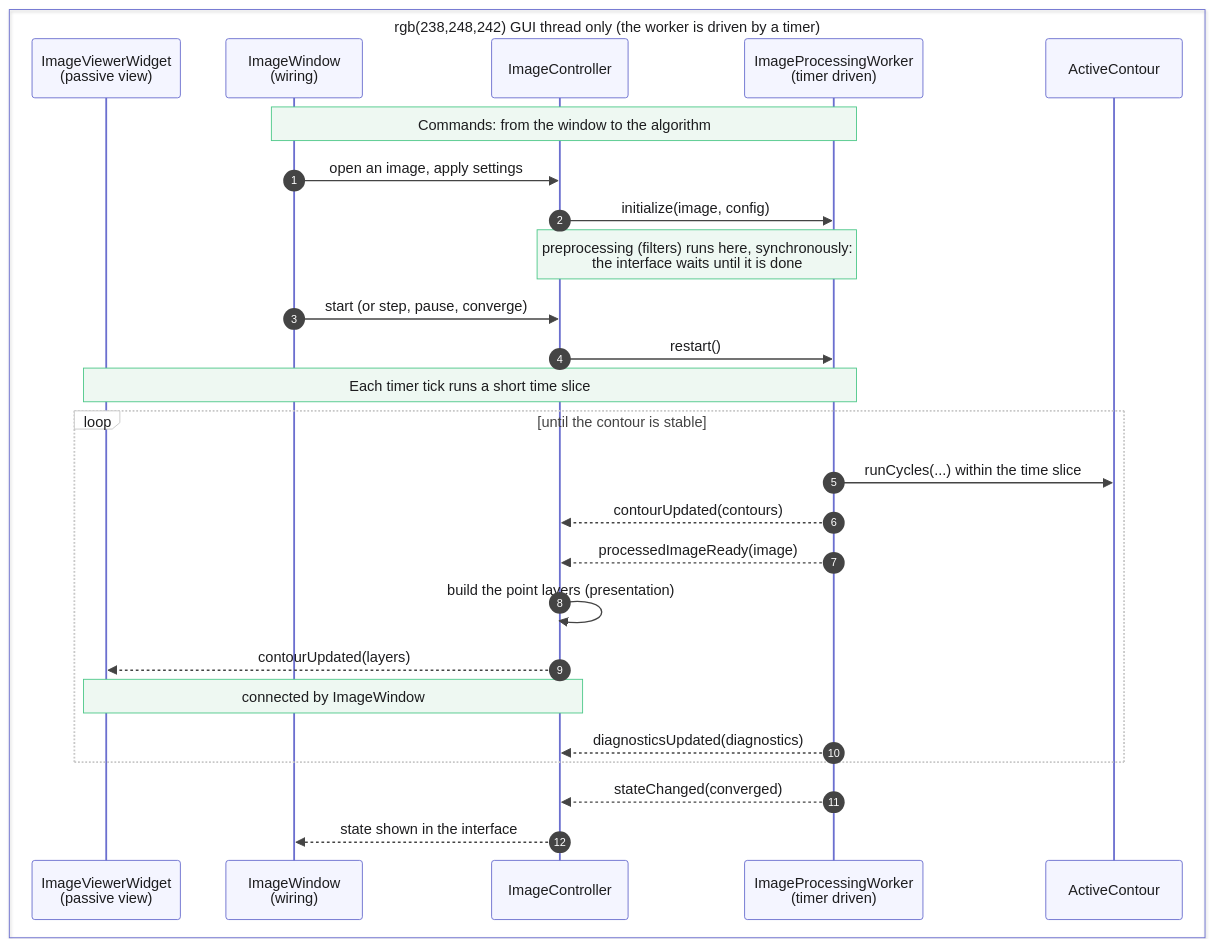
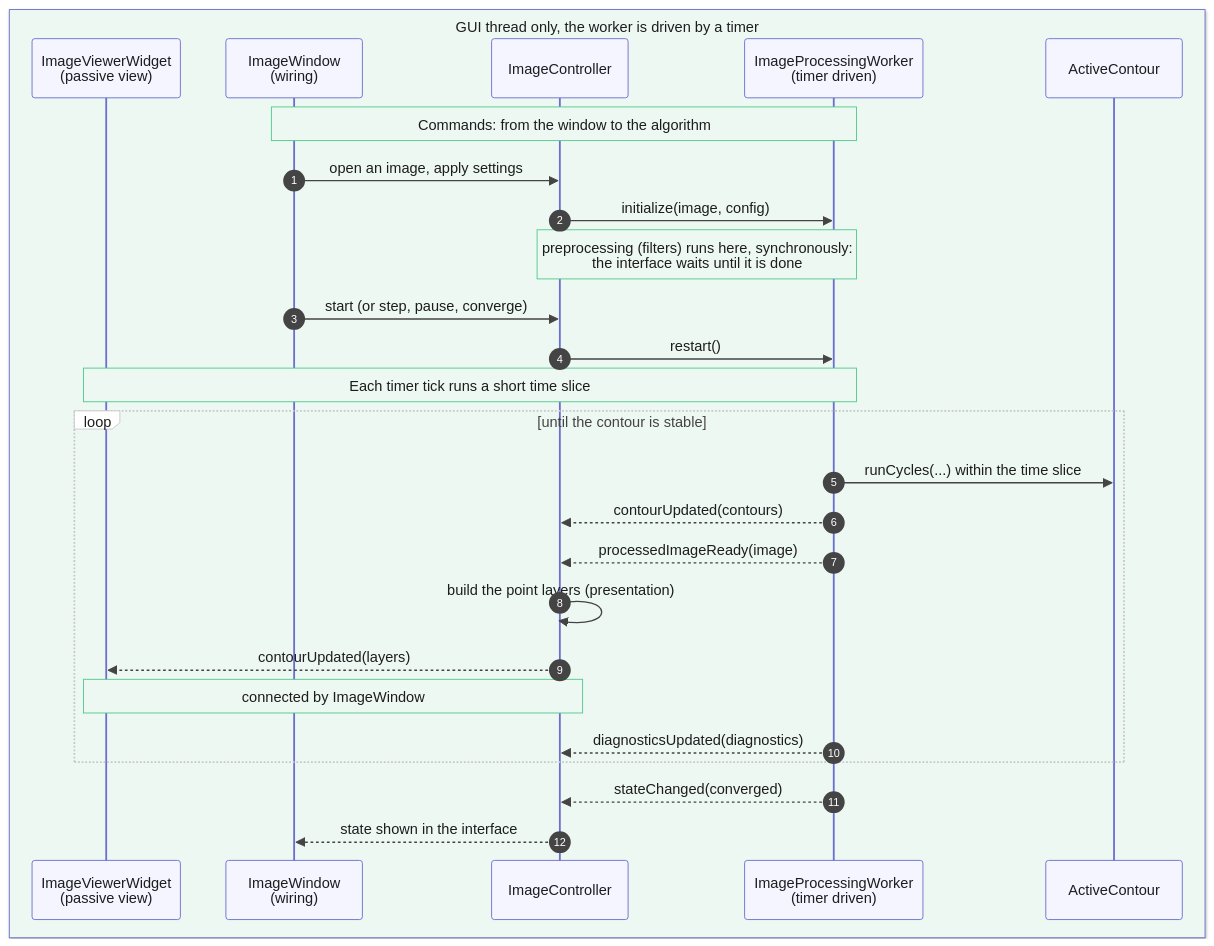
Before and after one commit to fluvel-io/fluvel-set: the diagram in docs/mermaid/image_session_sequence.mmd, drawn with Mermaid. The commit also changed 9 other files, not shown here.

Commit message:
docs(app): add recording and snapshot diagrams, serve images through

```diff
--- a/docs/mermaid/image_session_sequence.mmd
+++ b/docs/mermaid/image_session_sequence.mmd
@@ -1,39 +1,39 @@
 %%{init: {"theme": "base", "themeVariables": {
   "primaryColor": "#f4f5ff", "primaryBorderColor": "#6b6fcf", "primaryTextColor": "#1d1d1f",
   "lineColor": "#6b6fcf", "actorBkg": "#f4f5ff", "actorBorder": "#6b6fcf", "actorTextColor": "#1d1d1f",
   "noteBkgColor": "#eef8f2", "noteBorderColor": "#4fc98a", "noteTextColor": "#1d1d1f",
   "signalColor": "#444444", "signalTextColor": "#1d1d1f", "labelBoxBkgColor": "#ffffff",
   "labelBoxBorderColor": "#c8c8c8", "loopTextColor": "#444444", "sequenceNumberColor": "#ffffff"}}}%%
 sequenceDiagram
     autonumber
 
-    box rgb(238,248,242) GUI thread only (the worker is driven by a timer)
+    box rgb(238,248,242) GUI thread only, the worker is driven by a timer
         participant V as ImageViewerWidget<br/>(passive view)
         participant W as ImageWindow<br/>(wiring)
         participant C as ImageController
         participant P as ImageProcessingWorker<br/>(timer driven)
         participant A as ActiveContour
     end
 
     Note over W,P: Commands: from the window to the algorithm
 
     W->>C: open an image, apply settings
     C->>P: initialize(image, config)
     Note over C,P: preprocessing (filters) runs here, synchronously:<br/>the interface waits until it is done
     W->>C: start (or step, pause, converge)
     C->>P: restart()
 
     Note over P,V: Each timer tick runs a short time slice
 
     loop until the contour is stable
         P->>A: runCycles(...) within the time slice
         P-->>C: contourUpdated(contours)
         P-->>C: processedImageReady(image)
         C->>C: build the point layers (presentation)
         C-->>V: contourUpdated(layers)
         Note over C,V: connected by ImageWindow
         P-->>C: diagnosticsUpdated(diagnostics)
     end
 
     P-->>C: stateChanged(converged)
     C-->>W: state shown in the interface
```
